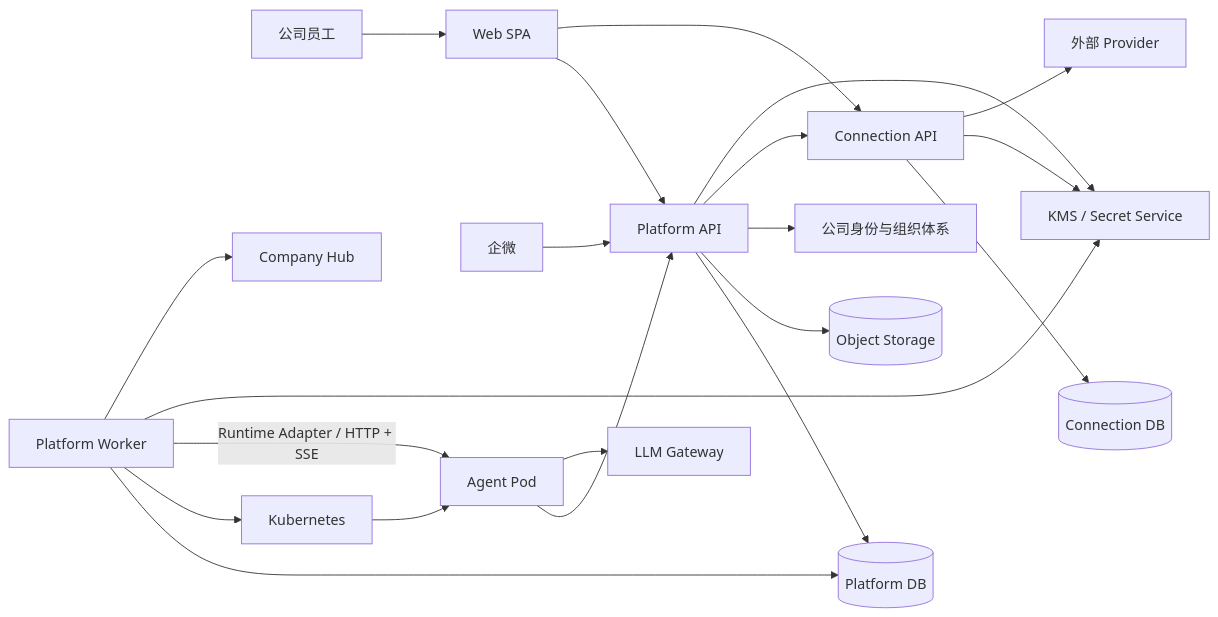
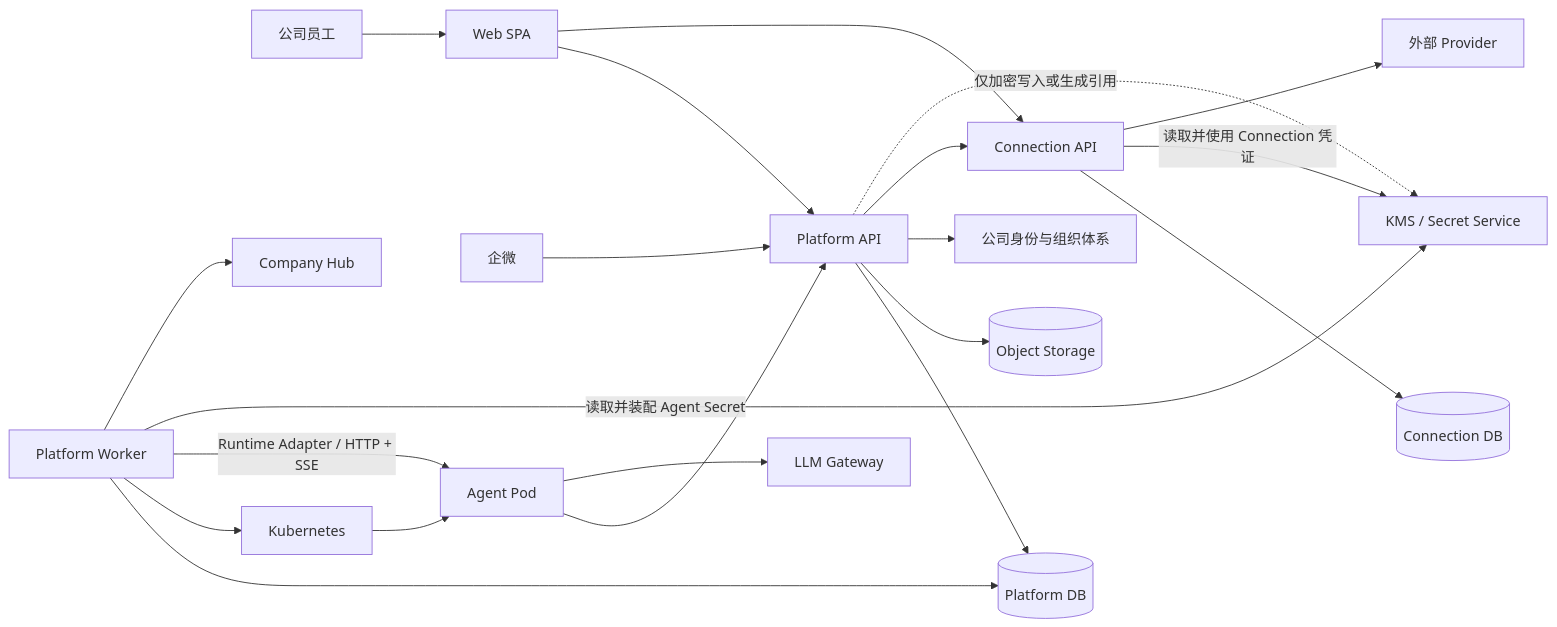
Before and after one commit to AgoraIO-Extensions/agent-infra: the first of 3 diagrams in docs/architecture/SPEC-agent-infra-M1-engineering-architecture.md, drawn with Mermaid.

Commit message:
docs: clarify KMS access direction

````diff
--- a/docs/architecture/SPEC-agent-infra-M1-engineering-architecture.md
+++ b/docs/architecture/SPEC-agent-infra-M1-engineering-architecture.md
@@ -82,27 +82,27 @@
 ```mermaid
 flowchart LR
     U[公司员工] --> W[Web SPA]
     QW[企微] --> PA[Platform API]
     W --> PA
     W --> CA[Connection API]
 
     PA --> PD[(Platform DB)]
     PA --> OS[(Object Storage)]
     PA --> IDP[公司身份与组织体系]
     PW[Platform Worker] --> PD
 
     PW --> K8S[Kubernetes]
     K8S --> AP[Agent Pod]
     PW -->|Runtime Adapter / HTTP + SSE| AP
 
     AP --> PA
     PA --> CA
     CA --> CD[(Connection DB)]
-    PA --> KMS[KMS / Secret Service]
-    PW --> KMS
-    CA --> KMS
+    PA -.->|仅加密写入或生成引用| KMS[KMS / Secret Service]
+    PW -->|读取并装配 Agent Secret| KMS
+    CA -->|读取并使用 Connection 凭证| KMS
     CA --> EXT[外部 Provider]
 
     AP --> LLM[LLM Gateway]
     PW --> HUB[Company Hub]
 ```
````
